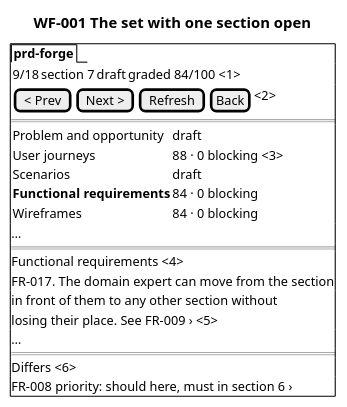
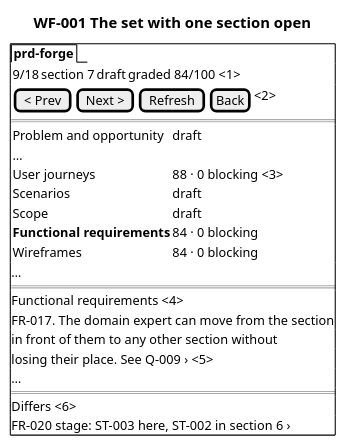
The diagram in docs/prd/prd-forge/diagrams/WF-001.puml (SpillwaveSolutions/prd-forge), drawn with PlantUML before and after one commit. The commit also changed 59 other files, not shown here.

```diff
--- a/docs/prd/prd-forge/diagrams/WF-001.puml
+++ b/docs/prd/prd-forge/diagrams/WF-001.puml
@@ -1,28 +1,30 @@
 @startsalt
 title WF-001 The set with one section open
 {+
   {/ <b>prd-forge</b> }
   {
     9/18 | section 7 | draft | graded 84/100 <1>
   }
   { [< Prev] | [Next >] | [Refresh] | [Back] | <2> }
   ==
   {
     Problem and opportunity | draft
+    … | .
     User journeys | 88 · 0 blocking <3>
     Scenarios | draft
+    Scope | draft
     <b>Functional requirements | 84 · 0 blocking
     Wireframes | 84 · 0 blocking
   }
   …
   ==
   Functional requirements <4>
   FR-017. The domain expert can move from the section
   in front of them to any other section without
-  losing their place. See FR-009 › <5>
+  losing their place. See Q-009 › <5>
   …
   ==
   Differs <6>
-  FR-008 priority: should here, must in section 6 ›
+  FR-020 stage: ST-003 here, ST-002 in section 6 ›
 }
 @endsalt
```
